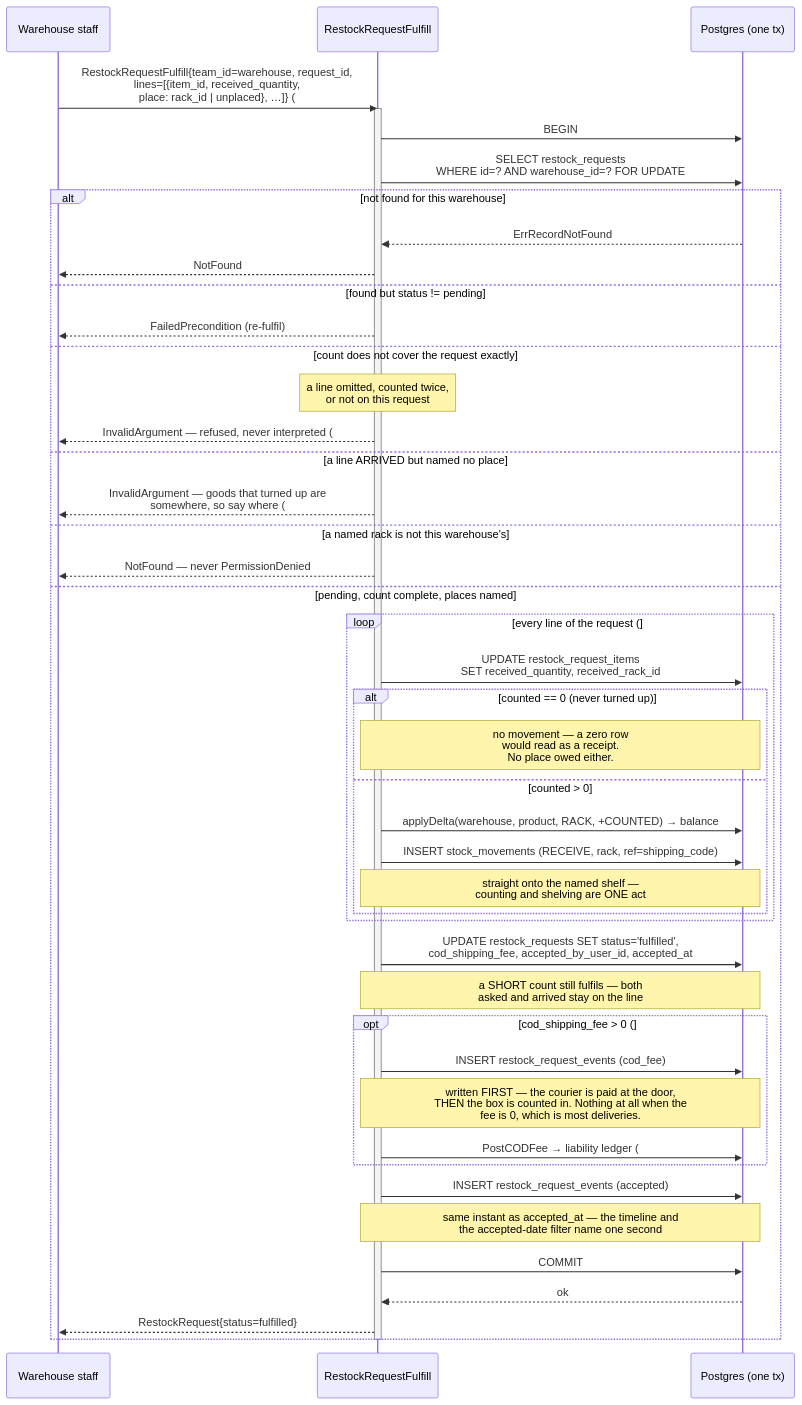
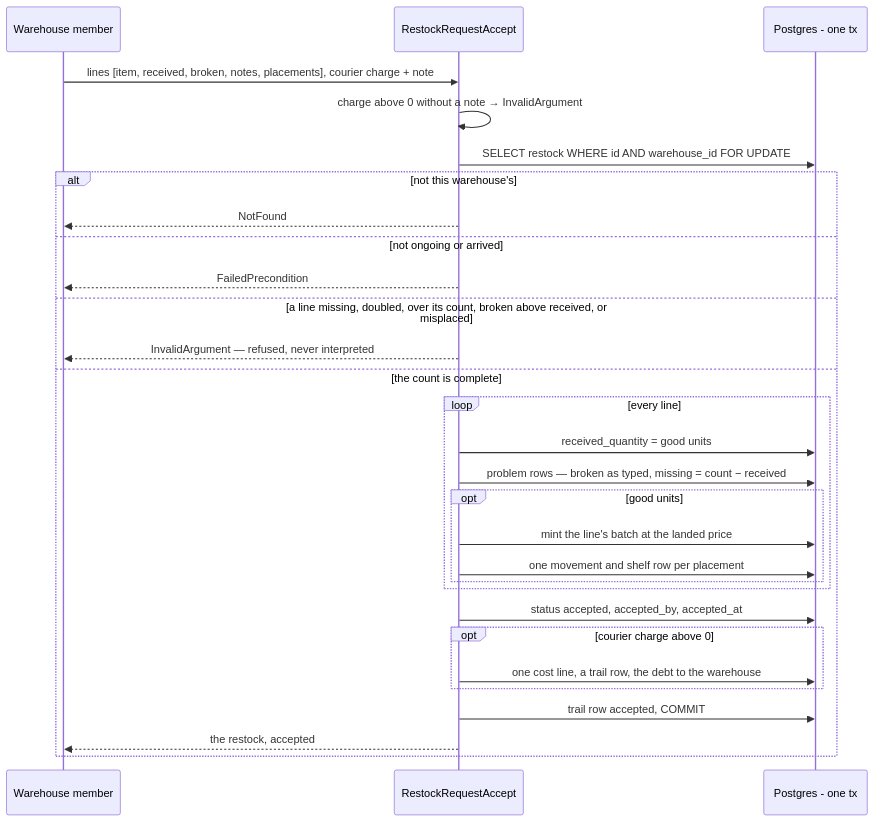
One commit to pdcgo/warehouse_revamp changed the third of 12 diagrams in docs/services/inventory_service/rpc.md. Above: the diagram before and after it, drawn with Mermaid. The commit also changed other lines of this file and 145 other files, not shown here.

````diff
--- a/docs/services/inventory_service/rpc.md
+++ b/docs/services/inventory_service/rpc.md
@@ -175,48 +105,32 @@
 ```mermaid
 sequenceDiagram
-    participant W as Warehouse staff
-    participant H as RestockRequestFulfill
-    participant DB as Postgres (one tx)
+    participant W as Warehouse member
+    participant H as RestockRequestAccept
+    participant DB as Postgres - one tx
 
-    W->>H: RestockRequestFulfill{team_id=warehouse, request_id,<br/>lines=[{item_id, received_quantity,<br/>place: rack_id | unplaced}, …]} (#133/#137)
-    activate H
-    H->>DB: BEGIN
-    H->>DB: SELECT restock_requests<br/>WHERE id=? AND warehouse_id=? FOR UPDATE
-    alt not found for this warehouse
-        DB-->>H: ErrRecordNotFound
+    W->>H: lines [item, received, broken, notes, placements], courier charge + note
+    H->>H: charge above 0 without a note → InvalidArgument
+    H->>DB: SELECT restock WHERE id AND warehouse_id FOR UPDATE
+    alt not this warehouse's
         H-->>W: NotFound
-    else found but status != pending
-        H-->>W: FailedPrecondition (re-fulfil)
-    else count does not cover the request exactly
-        Note over H: a line omitted, counted twice,<br/>or not on this request
-        H-->>W: InvalidArgument — refused, never interpreted (#133)
-    else a line ARRIVED but named no place
-        H-->>W: InvalidArgument — goods that turned up are<br/>somewhere, so say where (#137)
-    else a named rack is not this warehouse's
-        H-->>W: NotFound — never PermissionDenied
-    else pending, count complete, places named
-        loop every line of the request (#124)
-            H->>DB: UPDATE restock_request_items<br/>SET received_quantity, received_rack_id
-            alt counted == 0 (never turned up)
-                Note over H,DB: no movement — a zero row<br/>would read as a receipt.<br/>No place owed either.
-            else counted > 0
-                H->>DB: applyDelta(warehouse, product, RACK, +COUNTED) → balance
-                H->>DB: INSERT stock_movements (RECEIVE, rack, ref=shipping_code)
-                Note over H,DB: straight onto the named shelf —<br/>counting and shelving are ONE act
+    else not ongoing or arrived
+        H-->>W: FailedPrecondition
+    else a line missing, doubled, over its count, broken above received, or misplaced
+        H-->>W: InvalidArgument — refused, never interpreted
+    else the count is complete
+        loop every line
+            H->>DB: received_quantity = good units
+            H->>DB: problem rows — broken as typed, missing = count − received
+            opt good units
+                H->>DB: mint the line's batch at the landed price
+                H->>DB: one movement and shelf row per placement
             end
         end
-        H->>DB: UPDATE restock_requests SET status='fulfilled',<br/>cod_shipping_fee, accepted_by_user_id, accepted_at
-        Note over H,DB: a SHORT count still fulfils — both<br/>asked and arrived stay on the line
-        opt cod_shipping_fee > 0 (#155)
-            H->>DB: INSERT restock_request_events (cod_fee)
-            Note over H,DB: written FIRST — the courier is paid at the door,<br/>THEN the box is counted in. Nothing at all when the<br/>fee is 0, which is most deliveries.
-            H->>DB: PostCODFee → liability ledger (#184)
+        H->>DB: status accepted, accepted_by, accepted_at
+        opt courier charge above 0
+            H->>DB: one cost line, a trail row, the debt to the warehouse
         end
-        H->>DB: INSERT restock_request_events (accepted)
-        Note over H,DB: same instant as accepted_at — the timeline and<br/>the accepted-date filter name one second
-        H->>DB: COMMIT
-        DB-->>H: ok
-        H-->>W: RestockRequest{status=fulfilled}
+        H->>DB: trail row accepted, COMMIT
+        H-->>W: the restock, accepted
     end
-    deactivate H
 ```
````
